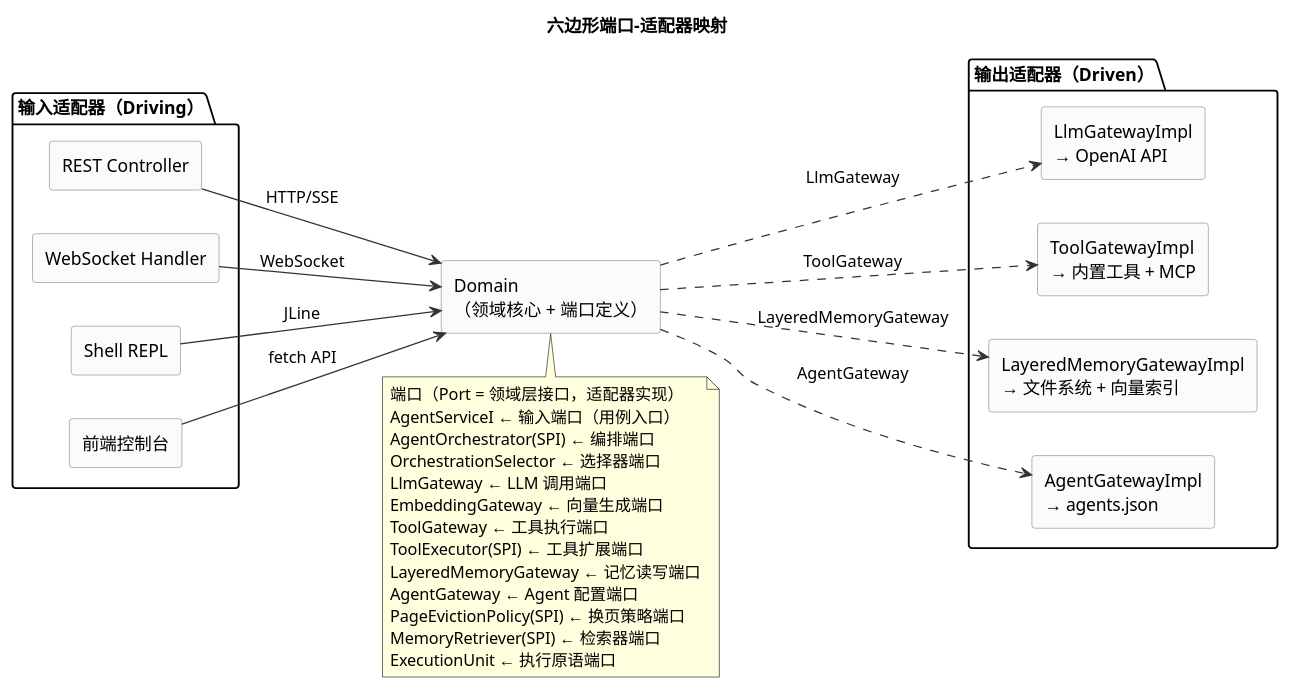
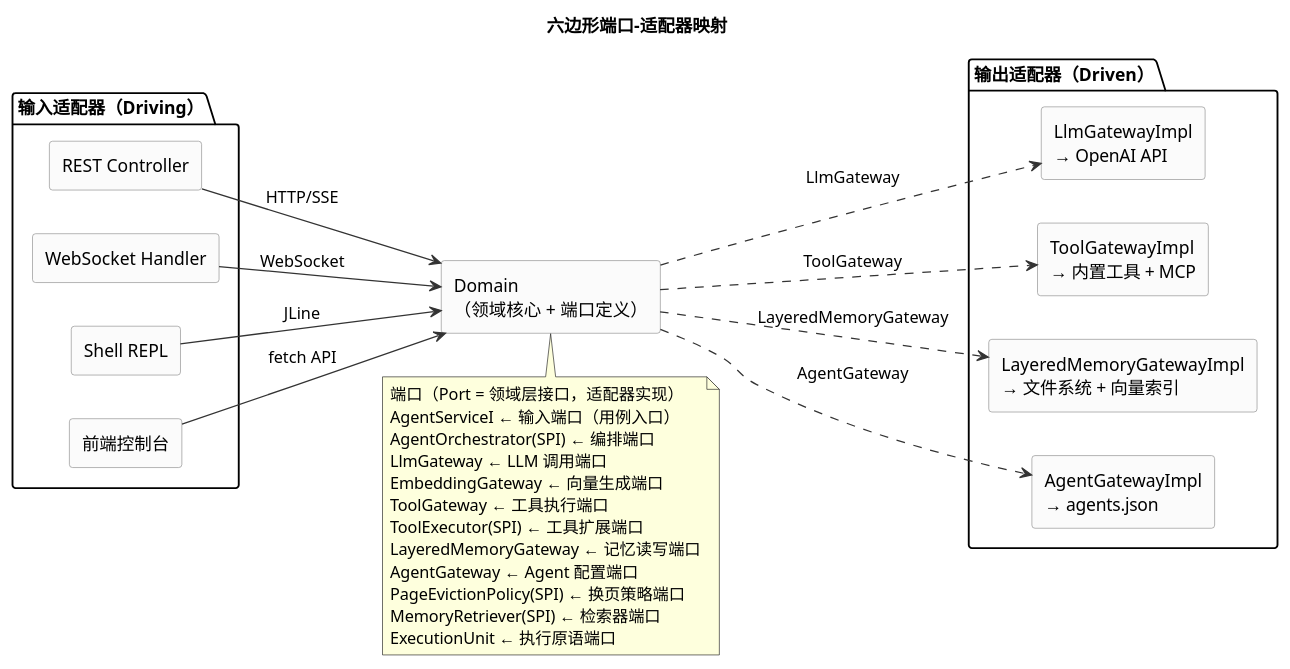
Before and after one commit to mwb1219/mwb-ai-claw: the third of 23 diagrams in mwb-ai-claw技术方案.md, drawn with PlantUML. The commit also changed other lines of this file and 30 other files, not shown here.

````diff
--- a/mwb-ai-claw技术方案.md
+++ b/mwb-ai-claw技术方案.md
@@ -214,56 +214,55 @@
 ```plantuml
 @startuml
 title 六边形端口-适配器映射
 left to right direction
 skinparam componentStyle rectangle
 skinparam component {
   BackgroundColor #FBFBFB
   BorderColor #888888
   ArrowColor #333333
 }
 
 component "Domain\n（领域核心 + 端口定义）" as DOMAIN
 
 package "输入适配器（Driving）" {
     component "REST Controller" as REST
     component "WebSocket Handler" as WSH
     component "Shell REPL" as REPL
     component "前端控制台" as FE
 }
 
 package "输出适配器（Driven）" {
     component "LlmGatewayImpl\n→ OpenAI API" as LLM_IMPL
     component "ToolGatewayImpl\n→ 内置工具 + MCP" as TOOL_IMPL
     component "LayeredMemoryGatewayImpl\n→ 文件系统 + 向量索引" as MEM_IMPL
     component "AgentGatewayImpl\n→ agents.json" as AGENT_IMPL
 }
 
 note bottom of DOMAIN
   端口（Port = 领域层接口，适配器实现）
   AgentServiceI ← 输入端口（用例入口）
   AgentOrchestrator(SPI) ← 编排端口
-  OrchestrationSelector ← 选择器端口
   LlmGateway ← LLM 调用端口
   EmbeddingGateway ← 向量生成端口
   ToolGateway ← 工具执行端口
   ToolExecutor(SPI) ← 工具扩展端口
   LayeredMemoryGateway ← 记忆读写端口
   AgentGateway ← Agent 配置端口
   PageEvictionPolicy(SPI) ← 换页策略端口
   MemoryRetriever(SPI) ← 检索器端口
   ExecutionUnit ← 执行原语端口
 end note
 
 ' 输入适配器 → 领域
 REST --> DOMAIN : HTTP/SSE
 WSH --> DOMAIN : WebSocket
 REPL --> DOMAIN : JLine
 FE --> DOMAIN : fetch API
 
 ' 领域 → 输出适配器（通过端口，依赖倒置）
 DOMAIN ..> LLM_IMPL : LlmGateway
 DOMAIN ..> TOOL_IMPL : ToolGateway
 DOMAIN ..> MEM_IMPL : LayeredMemoryGateway
 DOMAIN ..> AGENT_IMPL : AgentGateway
 @enduml
 ```
````
